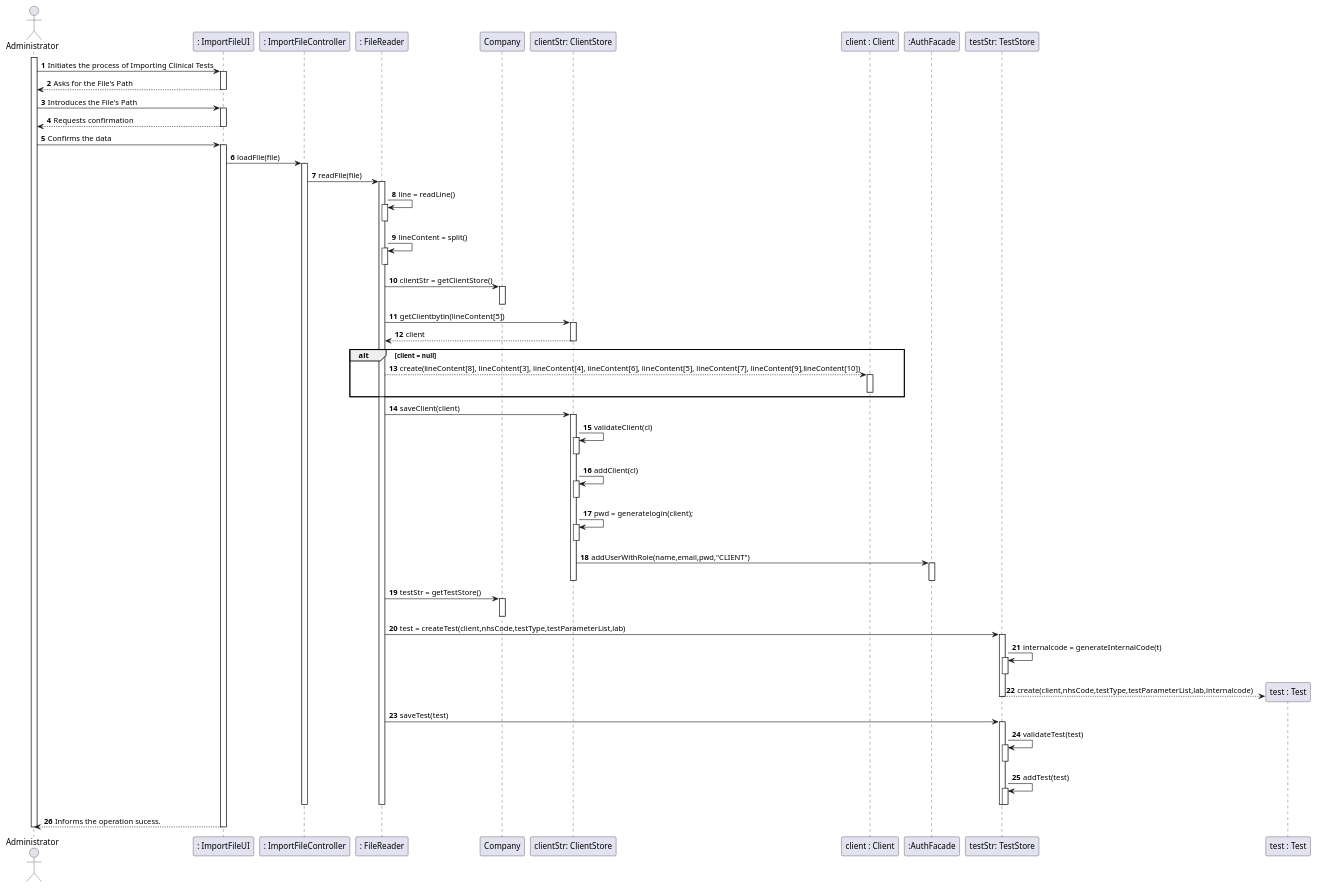
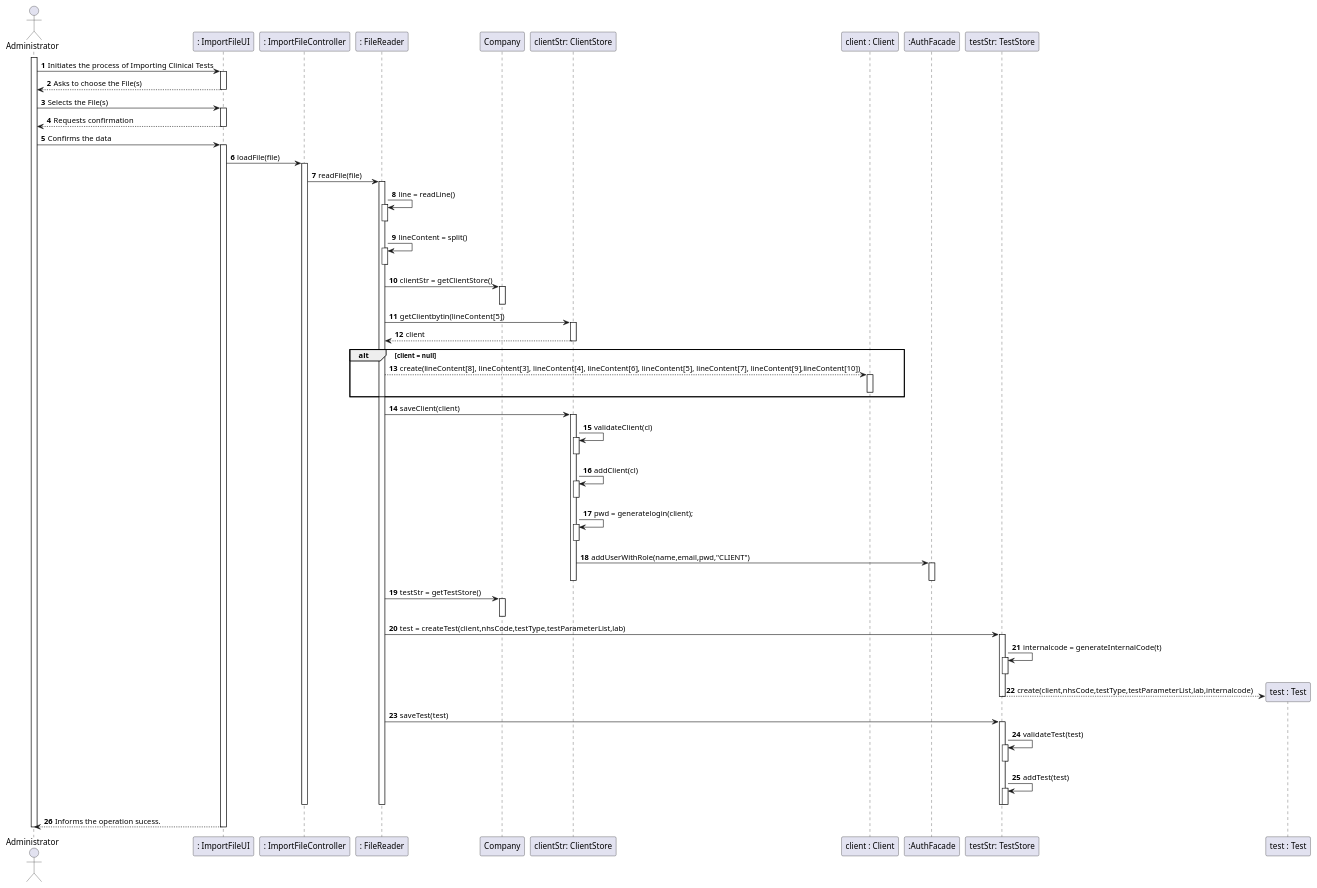
The diagram in docs/SprintD/US17/US17_SD.puml (manu-07-ela/LAPR2_ISEP), drawn with PlantUML before and after one commit. The commit also changed 8 other files, not shown here.

```diff
--- a/docs/SprintD/US17/US17_SD.puml
+++ b/docs/SprintD/US17/US17_SD.puml
@@ -1,101 +1,101 @@
 @startuml
 autonumber
 'hide footbox
 actor "Administrator" as ADMIN
 
 participant ": ImportFileUI" as UI
 participant ": ImportFileController" as CTRL
 participant ": FileReader" as reader
 participant "Company" as COMP
 participant "clientStr: ClientStore" as clientStr
 participant "client : Client" as Client
 participant ":AuthFacade" as AF
 participant "testStr: TestStore" as testStr
 participant "test : Test" as Test
 
 activate ADMIN
 ADMIN -> UI : Initiates the process of Importing Clinical Tests
 activate UI
-UI --> ADMIN : Asks for the File's Path
+UI --> ADMIN : Asks to choose the File(s)
 deactivate UI
 
-ADMIN -> UI : Introduces the File's Path
+ADMIN -> UI : Selects the File(s)
 activate UI
 
 UI --> ADMIN : Requests confirmation
 deactivate UI
 
 ADMIN -> UI : Confirms the data
 activate UI
 UI -> CTRL : loadFile(file)
 activate CTRL
 CTRL -> reader : readFile(file)
 activate reader
 reader -> reader : line = readLine()
 activate reader
 deactivate reader
 reader -> reader : lineContent = split()
 activate reader
 deactivate reader
 reader -> COMP : clientStr = getClientStore()
 activate COMP
 deactivate COMP
 reader -> clientStr : getClientbytin(lineContent[5])
 activate clientStr
 clientStr --> reader : client
 deactivate clientStr
 alt client = null
 reader --> Client :  create(lineContent[8], lineContent[3], lineContent[4], lineContent[6], lineContent[5], lineContent[7], lineContent[9],lineContent[10])
 activate Client
 deactivate Client
 end
 reader -> clientStr : saveClient(client)
 activate clientStr
 clientStr -> clientStr: validateClient(cl)
 activate clientStr
 deactivate clientStr
 
 clientStr -> clientStr: addClient(cl)
 activate clientStr
 deactivate clientStr
 
 clientStr -> clientStr: pwd = generatelogin(client);
 activate clientStr
 deactivate clientStr
 
 clientStr -> AF: addUserWithRole(name,email,pwd,"CLIENT")
 activate AF
 deactivate AF
 deactivate clientStr
 deactivate clientStr
 reader -> COMP : testStr = getTestStore()
 activate COMP
 deactivate COMP
 reader -> testStr : test = createTest(client,nhsCode,testType,testParameterList,lab)
 activate testStr
 testStr -> testStr: internalcode = generateInternalCode(t)
 activate testStr
 deactivate testStr
 testStr --> Test**: create(client,nhsCode,testType,testParameterList,lab,internalcode)
 deactivate testStr
 reader -> testStr : saveTest(test)
 activate testStr
 
 testStr -> testStr: validateTest(test)
 activate testStr
 deactivate testStr
 testStr -> testStr: addTest(test)
 activate testStr
 deactivate testStr
 deactivate testStr
 deactivate reader
 deactivate CTRL
 
 UI --> ADMIN : Informs the operation sucess.
 deactivate UI
 
 
 
 deactivate ADMIN
 
 @enduml
```
